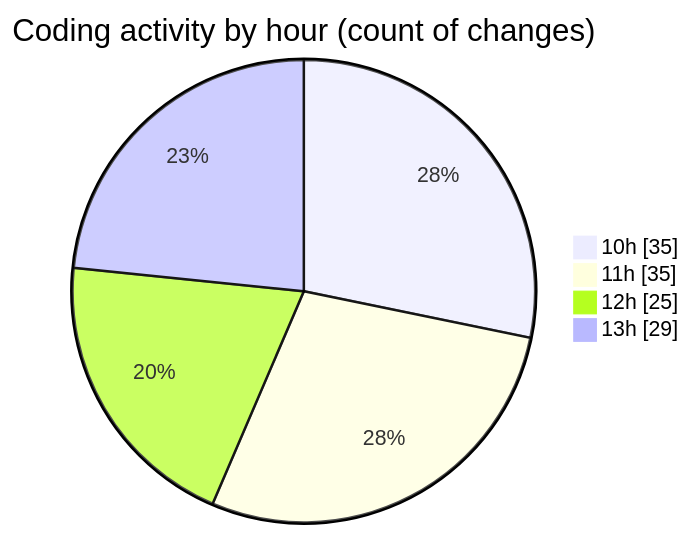
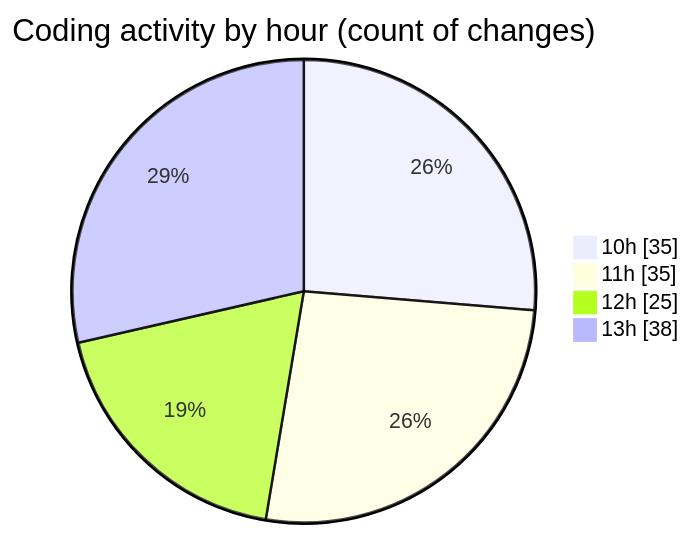
The second of 2 diagrams in 2025-03-26/cda/README.md (momahboobian/code-tracking), drawn with Mermaid before and after one commit. The commit also changed other lines of this file and 1 other file, not shown here.

````diff
--- a/2025-03-26/cda/README.md
+++ b/2025-03-26/cda/README.md
@@ -53,8 +53,8 @@
 ```mermaid
 pie showData
 title Coding activity by hour (count of changes)
 "10h" : 35
 "11h" : 35
 "12h" : 25
-"13h" : 29
+"13h" : 38
 ```
````
